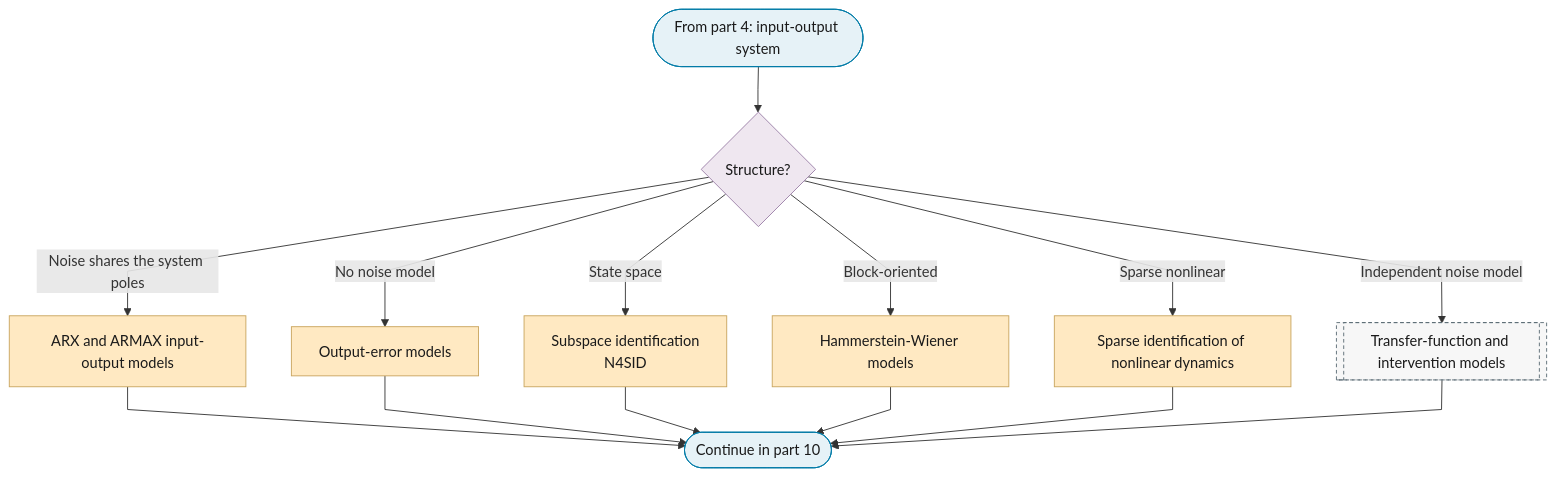
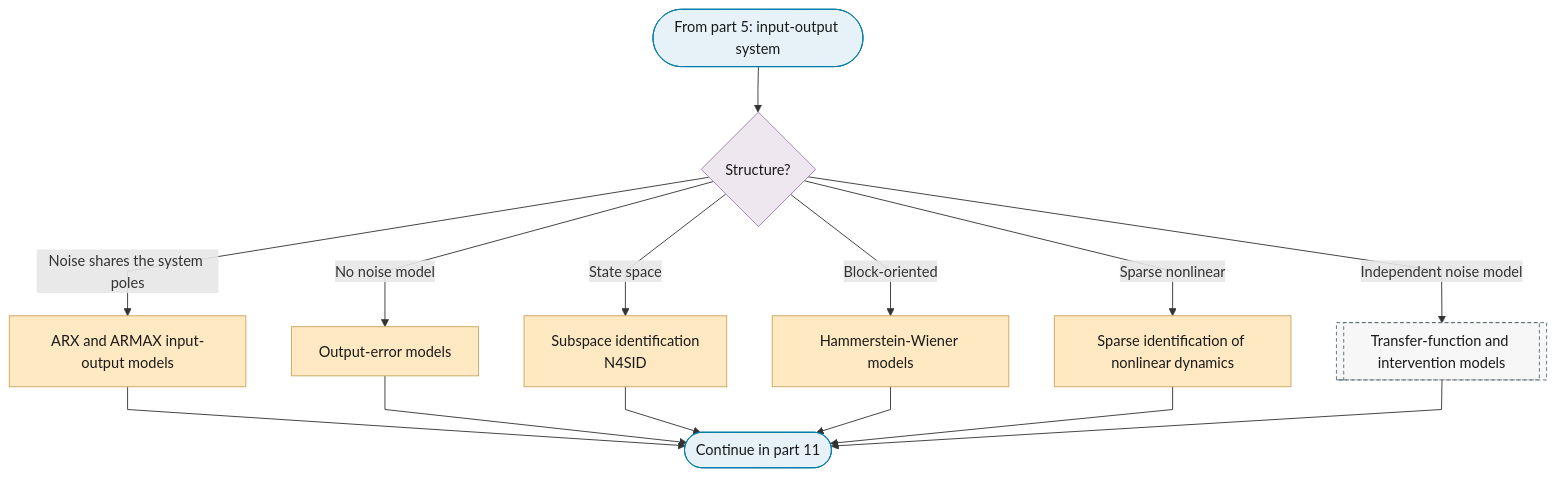
The eighth of 12 diagrams in docs/01-workflow/p06-mean-model-class.md (Shuxin-Y/time-series-analysis-manual), drawn with Mermaid before and after one commit. The commit also changed other lines of this file and 10 other files, not shown here.

````diff
--- a/docs/01-workflow/p06-mean-model-class.md
+++ b/docs/01-workflow/p06-mean-model-class.md
@@ -187,24 +212,24 @@
 ```mermaid
 %%{init: {"flowchart": {"curve": "linear"}}}%%
 graph TD
-    P6_PART_7_IN(["From part 4: input-output system"]) --> P6_IO_STRUCTURE{"Structure?"}
+    P6_PART_8_IN(["From part 5: input-output system"]) --> P6_IO_STRUCTURE{"Structure?"}
     P6_IO_STRUCTURE -->|"Noise shares the system poles"| P6_ARX_ARMAX["ARX and ARMAX input-output models"]
     P6_IO_STRUCTURE -->|"State space"| P6_SUBSPACE["Subspace identification<br/>N4SID"]
     P6_IO_STRUCTURE -->|"Block-oriented"| P6_HAMMERSTEIN_WIENER["Hammerstein-Wiener models"]
     P6_IO_STRUCTURE -->|"Sparse nonlinear"| P6_SINDY["Sparse identification of nonlinear dynamics"]
     P6_IO_STRUCTURE -->|"Independent noise model"| P6_TRANSFER_FUNCTION[["Transfer-function and intervention models"]]
     P6_IO_STRUCTURE -->|"No noise model"| P6_OUTPUT_ERROR["Output-error models"]
-    P6_ARX_ARMAX & P6_OUTPUT_ERROR & P6_SUBSPACE & P6_HAMMERSTEIN_WIENER & P6_SINDY & P6_TRANSFER_FUNCTION --> P6_PART_7_OUT(["Continue in part 10"])
+    P6_ARX_ARMAX & P6_OUTPUT_ERROR & P6_SUBSPACE & P6_HAMMERSTEIN_WIENER & P6_SINDY & P6_TRANSFER_FUNCTION --> P6_PART_8_OUT(["Continue in part 11"])
     class P6_ARX_ARMAX,P6_OUTPUT_ERROR,P6_SUBSPACE,P6_HAMMERSTEIN_WIENER,P6_SINDY escalate
-    class P6_PART_7_IN,P6_PART_7_OUT terminator
+    class P6_PART_8_IN,P6_PART_8_OUT terminator
     class P6_IO_STRUCTURE decision
     class P6_TRANSFER_FUNCTION ref
     classDef terminator fill:#E6F2F7,stroke:#007BA7,color:#1A1A1A;
     classDef process fill:#FFFFFF,stroke:#5A6B73,color:#1A1A1A;
     classDef decision fill:#EFE7F0,stroke:#9B7FA7,color:#1A1A1A;
     classDef data fill:#FFF4E0,stroke:#C9A55E,color:#1A1A1A;
     classDef good fill:#DCEFD8,stroke:#4A7A3F,color:#1A1A1A;
     classDef escalate fill:#FFE9C2,stroke:#C9A55E,color:#1A1A1A;
     classDef problem fill:#F2D9DE,stroke:#800020,color:#1A1A1A;
     classDef ref fill:#F7F7F7,stroke:#5A6B73,color:#1A1A1A,stroke-dasharray:4 3;
 ```
````
